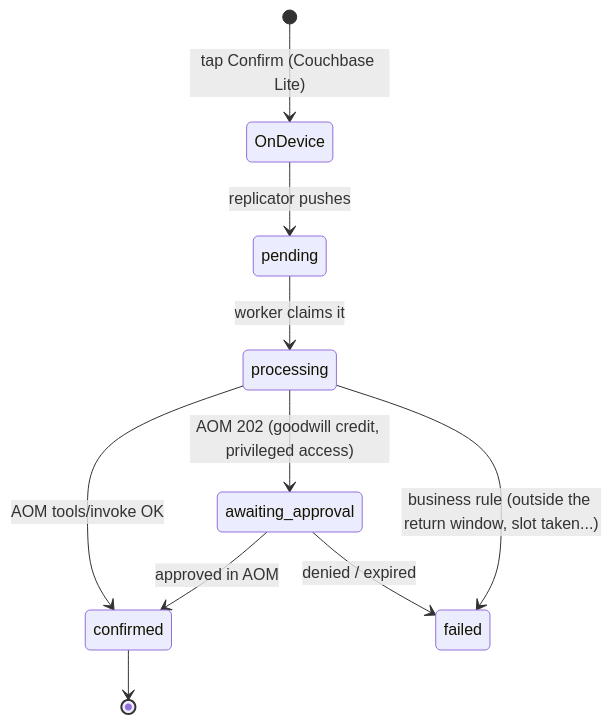
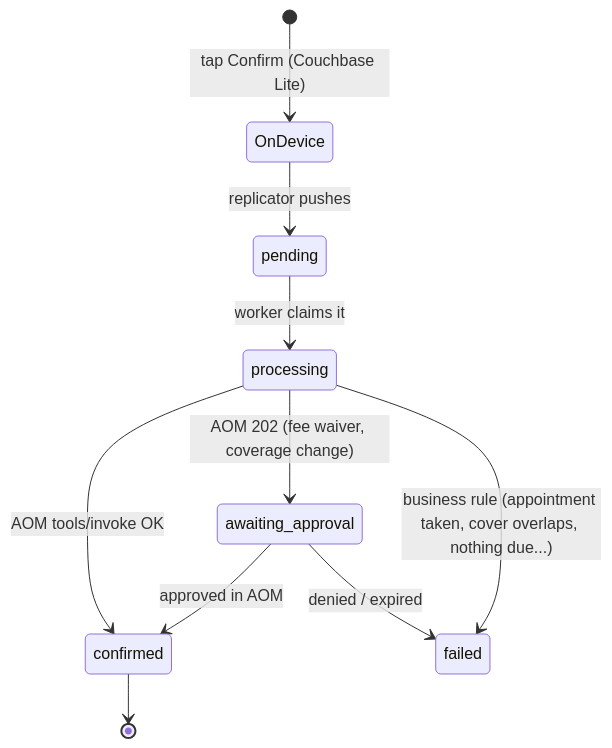
The second of 2 diagrams in README.md (Couchbase-Field-Engineering/couchbase-insurance-mobile-ai-personalization-demo), drawn with Mermaid before and after one commit. The commit also changed other lines of this file and 25 other files, not shown here.

````diff
--- a/README.md
+++ b/README.md
@@ -129,12 +107,12 @@
 ```mermaid
 stateDiagram-v2
   [*] --> OnDevice: tap Confirm (Couchbase Lite)
   OnDevice --> pending: replicator pushes
   pending --> processing: worker claims it
   processing --> confirmed: AOM tools/invoke OK
-  processing --> awaiting_approval: AOM 202 (goodwill credit, privileged access)
+  processing --> awaiting_approval: AOM 202 (fee waiver, coverage change)
   awaiting_approval --> confirmed: approved in AOM
   awaiting_approval --> failed: denied / expired
-  processing --> failed: business rule (outside the return window, slot taken...)
+  processing --> failed: business rule (appointment taken, cover overlaps, nothing due...)
   confirmed --> [*]
 ```
````
